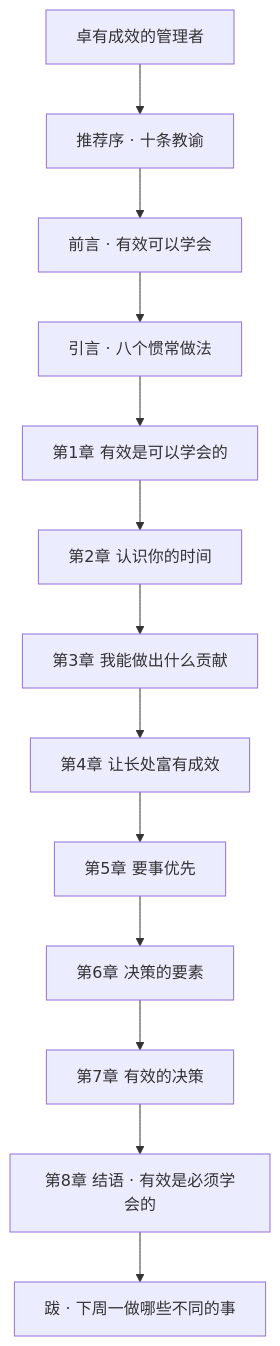
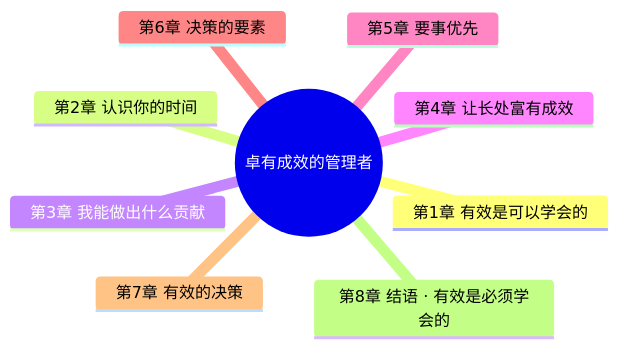
Before and after one commit to peterlau123/peterlau123.github.io: the first of 4 diagrams in _posts/growth/2026-10-06-effective-executive.md, drawn with Mermaid. The commit also changed other lines of this file and 1 other file, not shown here.

````diff
--- a/_posts/growth/2026-10-06-effective-executive.md
+++ b/_posts/growth/2026-10-06-effective-executive.md
@@ -24,18 +40,12 @@
 ```mermaid
-flowchart TD
-  A["卓有成效的管理者"]
-  P0["推荐序 · 十条教谕"]
-  P1["前言 · 有效可以学会"]
-  P2["引言 · 八个惯常做法"]
-  C1["第1章 有效是可以学会的"]
-  C2["第2章 认识你的时间"]
-  C3["第3章 我能做出什么贡献"]
-  C4["第4章 让长处富有成效"]
-  C5["第5章 要事优先"]
-  C6["第6章 决策的要素"]
-  C7["第7章 有效的决策"]
-  C8["第8章 结语 · 有效是必须学会的"]
-  E["跋 · 下周一做哪些不同的事"]
-  A --> P0 --> P1 --> P2
-  P2 --> C1 --> C2 --> C3 --> C4 --> C5 --> C6 --> C7 --> C8 --> E
+mindmap
+  root((卓有成效的管理者))
+    第1章 有效是可以学会的
+    第2章 认识你的时间
+    第3章 我能做出什么贡献
+    第4章 让长处富有成效
+    第5章 要事优先
+    第6章 决策的要素
+    第7章 有效的决策
+    第8章 结语 · 有效是必须学会的
 ```
````
